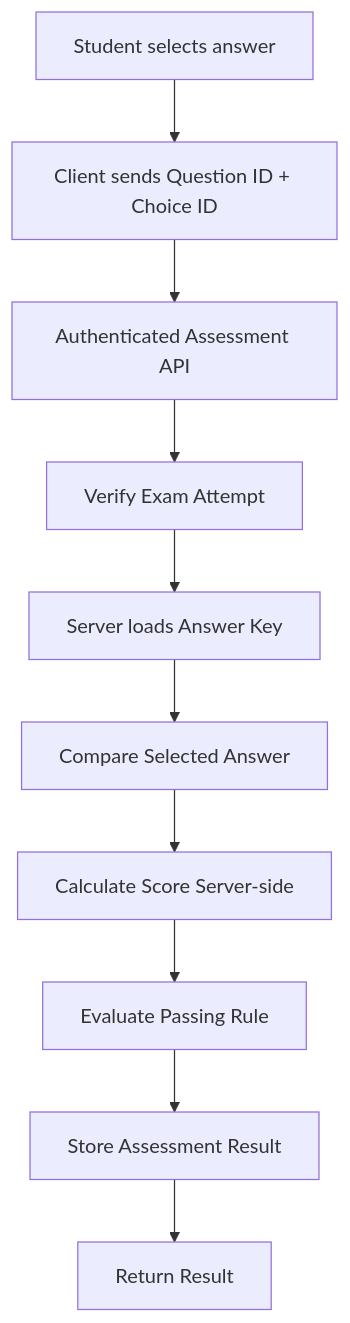
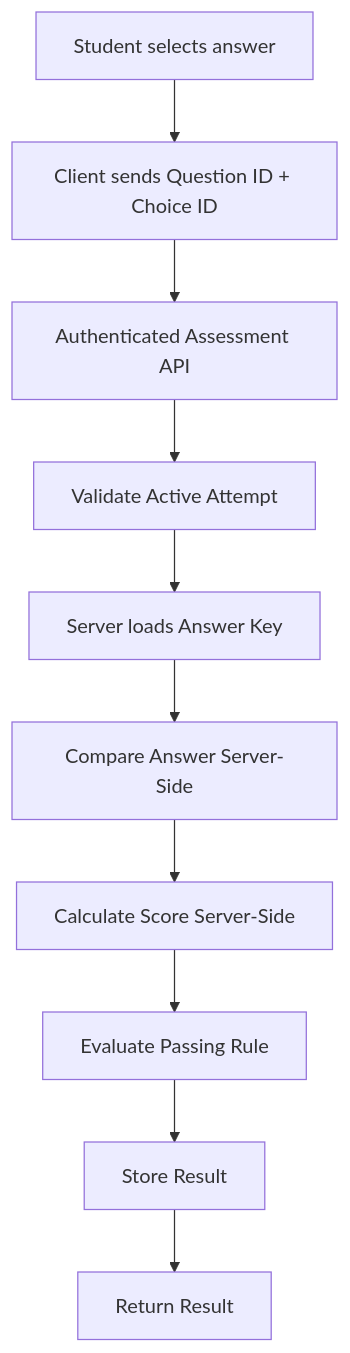
The third of 4 diagrams in README.md (ntdotjsx/ovec-bypass), drawn with Mermaid before and after one commit. The commit also changed other lines of this file, not shown here.

````diff
--- a/README.md
+++ b/README.md
@@ -547,22 +499,22 @@
 ```mermaid
 flowchart TD
 
     A[Student selects answer]
     --> B[Client sends Question ID + Choice ID]
 
     B --> C[Authenticated Assessment API]
 
-    C --> D[Verify Exam Attempt]
+    C --> D[Validate Active Attempt]
 
     D --> E[Server loads Answer Key]
 
-    E --> F[Compare Selected Answer]
+    E --> F[Compare Answer Server-Side]
 
-    F --> G[Calculate Score Server-side]
+    F --> G[Calculate Score Server-Side]
 
     G --> H[Evaluate Passing Rule]
 
-    H --> I[Store Assessment Result]
+    H --> I[Store Result]
 
     I --> J[Return Result]
 ```
````
